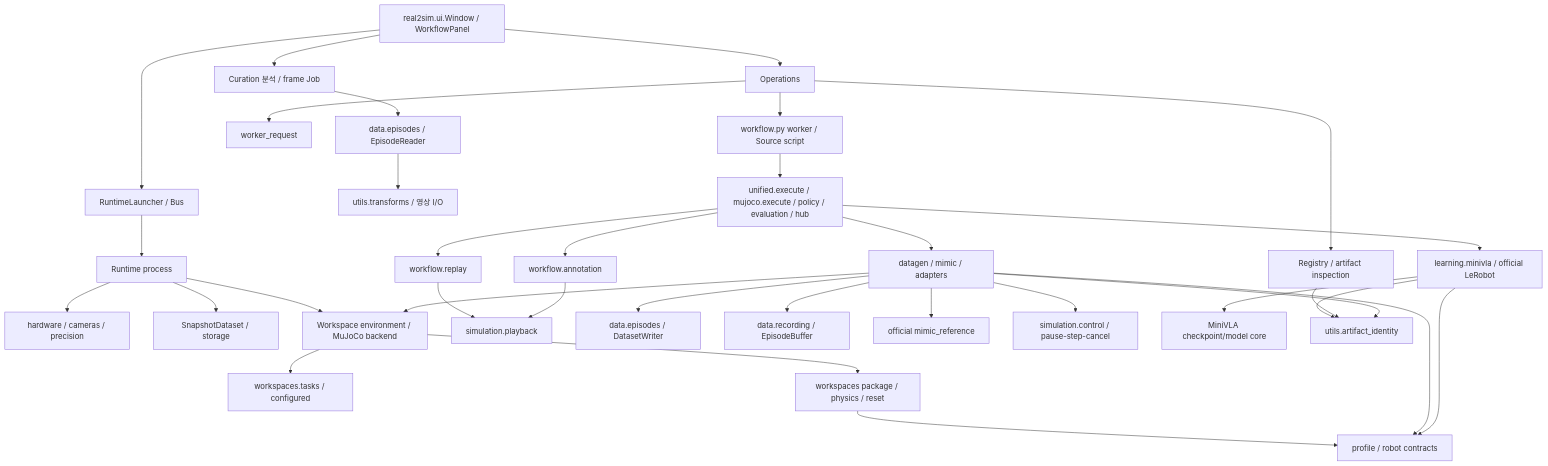
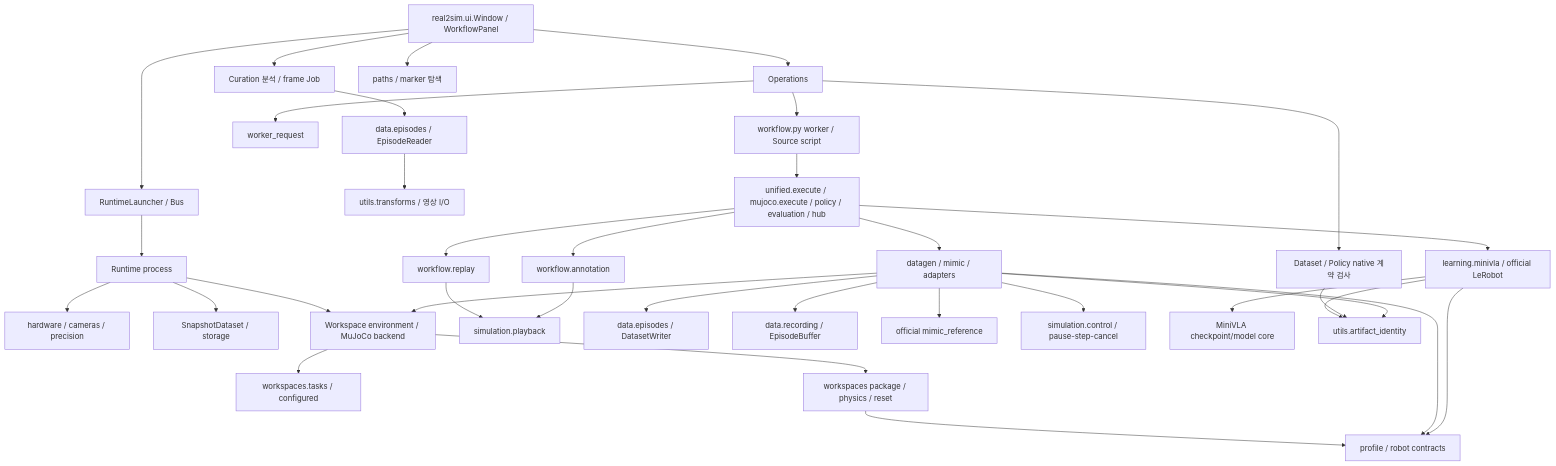
The third of 3 diagrams in docs/architecture/DEPENDENCIES.md (HYEONHEE5739/so101-isaaclab), drawn with Mermaid before and after one commit. The commit also changed other lines of this file and 88 other files, not shown here.

````diff
--- a/docs/architecture/DEPENDENCIES.md
+++ b/docs/architecture/DEPENDENCIES.md
@@ -62,36 +92,37 @@
 ```mermaid
 flowchart TD
     Desktop[real2sim.ui.Window / WorkflowPanel] --> Launch[RuntimeLauncher / Bus]
     Launch --> Runtime[Runtime process]
     Runtime --> HC[hardware / cameras / precision]
     Runtime --> Capture[SnapshotDataset / storage]
     Runtime --> Engine[Workspace environment / MuJoCo backend]
     Desktop --> Ops[Operations]
     Desktop --> Review[Curation 분석 / frame Job]
     Review --> Reader[data.episodes / EpisodeReader]
     Reader --> Pure[utils.transforms / 영상 I/O]
-    Ops --> Registry[Registry / artifact inspection]
+    Ops --> Native[Dataset / Policy native 계약 검사]
+    Desktop --> Paths[paths / marker 탐색]
     Ops --> Request[worker_request]
     Ops --> CLI[workflow.py worker / Source script]
     CLI --> Unified[unified.execute / mujoco.execute / policy / evaluation / hub]
     Unified --> RP[workflow.replay]
     Unified --> AN[workflow.annotation]
     RP --> PB[simulation.playback]
     AN --> PB
     Unified --> Gen[datagen / mimic / adapters]
     Gen --> Writer[data.episodes / DatasetWriter]
     Gen --> Buffer[data.recording / EpisodeBuffer]
     Gen --> Ref[official mimic_reference]
     Gen --> Engine
     Gen --> Control[simulation.control / pause-step-cancel]
     Engine --> TaskConfig[workspaces.tasks / configured]
     Learning --> Checkpoint[MiniVLA checkpoint/model core]
     Unified --> Learning[learning.minivla / official LeRobot]
     Learning --> Identity[utils.artifact_identity]
-    Registry --> Identity
+    Native --> Identity
     Gen --> Identity
     Engine --> Workspace[workspaces package / physics / reset]
     Workspace --> Profile[profile / robot contracts]
     Gen --> Profile
     Learning --> Profile
 ```
````
